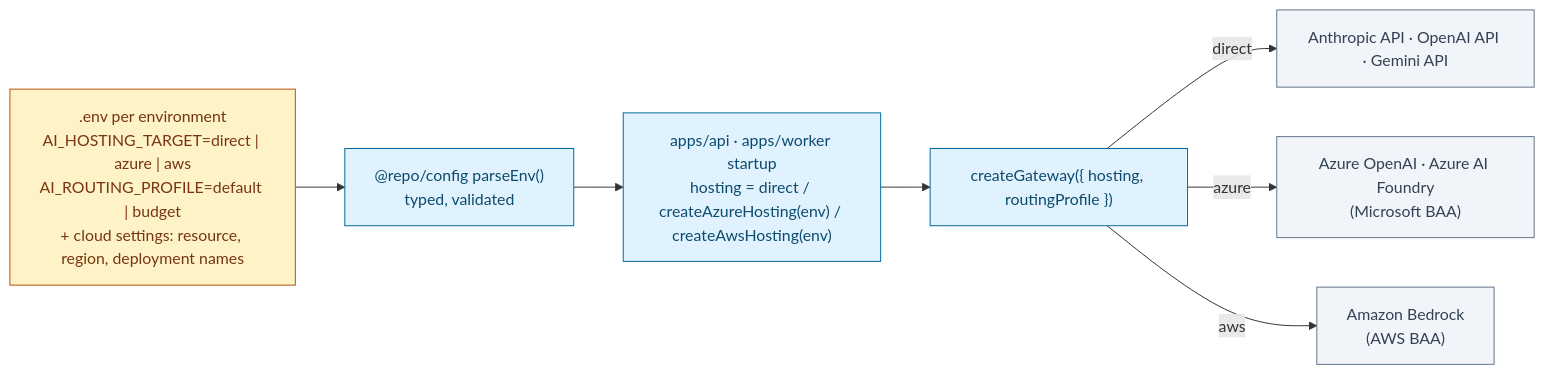
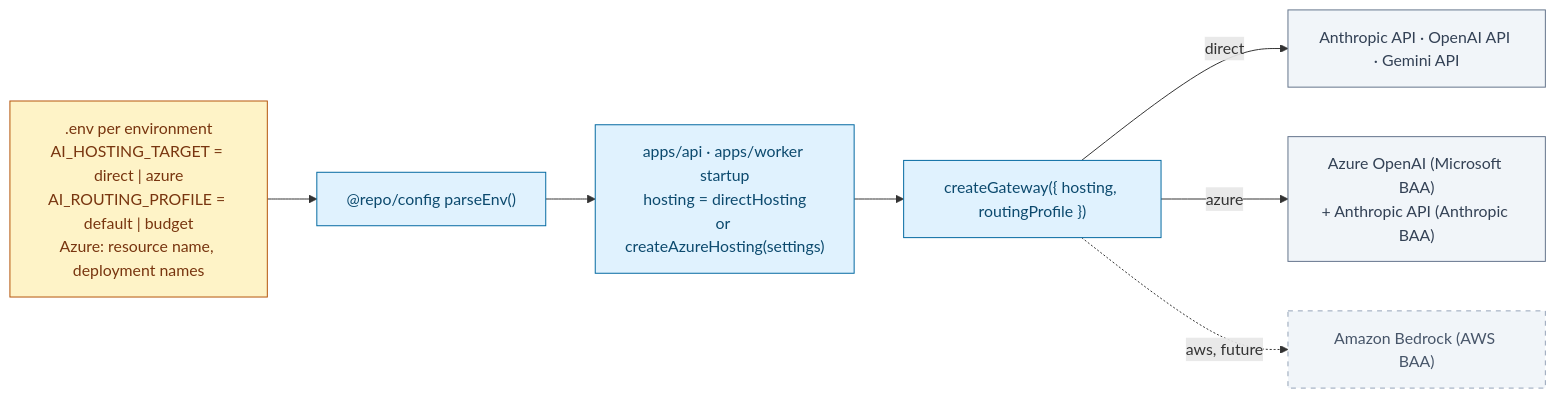
Before and after one commit to imRahul05/ASC-EHR: the third of 3 diagrams in packages/agents/README.md, drawn with Mermaid. The commit also changed other lines of this file and 24 other files, not shown here.

First line of the commit message:
refactor(agents): folder per concern (models/providers/hosting), add Azure OpenAI via @ai-sdk/azure

````diff
--- a/packages/agents/README.md
+++ b/packages/agents/README.md
@@ -82,16 +121,17 @@
 ```mermaid
 flowchart LR
     classDef env fill:#fef3c7,stroke:#b45309,color:#78350f
     classDef app fill:#e0f2fe,stroke:#0369a1,color:#0c4a6e
     classDef ext fill:#f1f5f9,stroke:#64748b,color:#334155
+    classDef future fill:#f1f5f9,stroke:#94a3b8,color:#475569,stroke-dasharray: 5 5
 
-    ENV[".env per environment<br/>AI_HOSTING_TARGET=direct | azure | aws<br/>AI_ROUTING_PROFILE=default | budget<br/>+ cloud settings: resource, region, deployment names"]:::env
-    CFG["@repo/config parseEnv()<br/>typed, validated"]:::app
-    APP["apps/api · apps/worker startup<br/>hosting = direct / createAzureHosting(env) / createAwsHosting(env)"]:::app
+    ENV[".env per environment<br/>AI_HOSTING_TARGET = direct | azure<br/>AI_ROUTING_PROFILE = default | budget<br/>Azure: resource name, deployment names"]:::env
+    CFG["@repo/config parseEnv()"]:::app
+    APP["apps/api · apps/worker startup<br/>hosting = directHosting<br/>or createAzureHosting(settings)"]:::app
     GW["createGateway({ hosting, routingProfile })"]:::app
 
     ENV --> CFG --> APP --> GW
     GW -->|direct| V1["Anthropic API · OpenAI API · Gemini API"]:::ext
-    GW -->|azure| V2["Azure OpenAI · Azure AI Foundry<br/>(Microsoft BAA)"]:::ext
-    GW -->|aws| V3["Amazon Bedrock<br/>(AWS BAA)"]:::ext
+    GW -->|azure| V2["Azure OpenAI (Microsoft BAA)<br/>+ Anthropic API (Anthropic BAA)"]:::ext
+    GW -.->|aws, future| V3["Amazon Bedrock (AWS BAA)"]:::future
 ```
````
